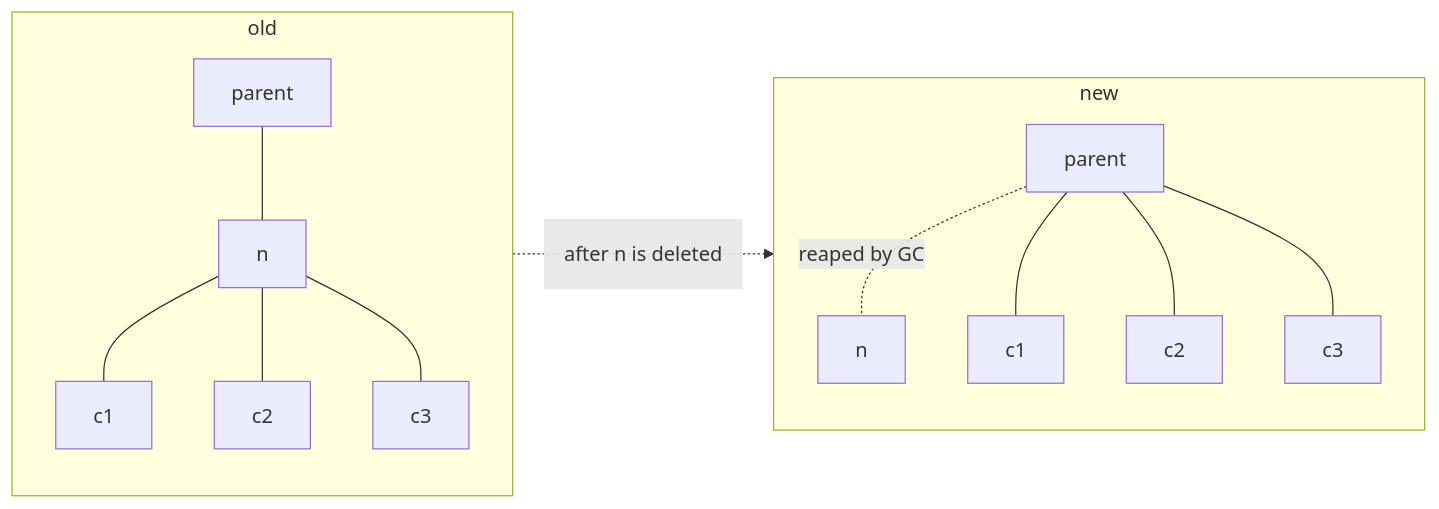
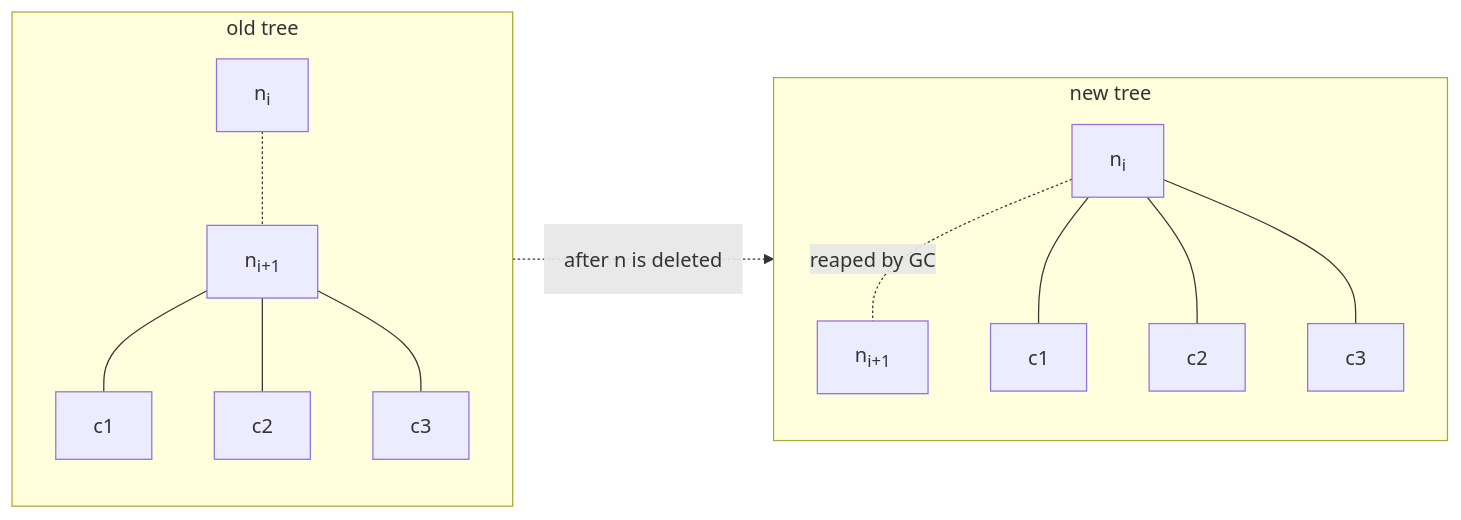
Before and after one commit to nkarl/learn.algorithms: the diagram in study/graphs/notes/dfs-strategy.md, drawn with Mermaid. The commit also changed other lines of this file, not shown here.

Commit message:
Updated note on tree recursion strategy.

````diff
--- a/study/graphs/notes/dfs-strategy.md
+++ b/study/graphs/notes/dfs-strategy.md
@@ -12,19 +12,19 @@
 ```mermaid
 flowchart LR
 
-subgraph old
-op1[parent] --- oc1[n]
-oc1 --- ogc1[c1]
-oc1 --- ogc2[c2]
-oc1 --- ogc3[c3]
+subgraph old[old tree]
+op1[n<sub>i</sub>] -.- oc1[n<sub>i+1</sub>]
+oc1 --- oc11[c1]
+oc1 --- oc12[c2]
+oc1 --- oc13[c3]
 end
 
-subgraph new
-np1[parent] -.-|reaped by GC| ncd[n]
+subgraph new[new tree]
+np1[n<sub>i</sub>] -.-|reaped by GC| ncd[n<sub>i+1</sub>]
 np1 --- nc1[c1]
 np1 --- nc2[c2]
 np1 --- nc3[c3]
 end
 
 old -.->|<p style='padding:1em'>after n is deleted</p>| new
 ```
````
